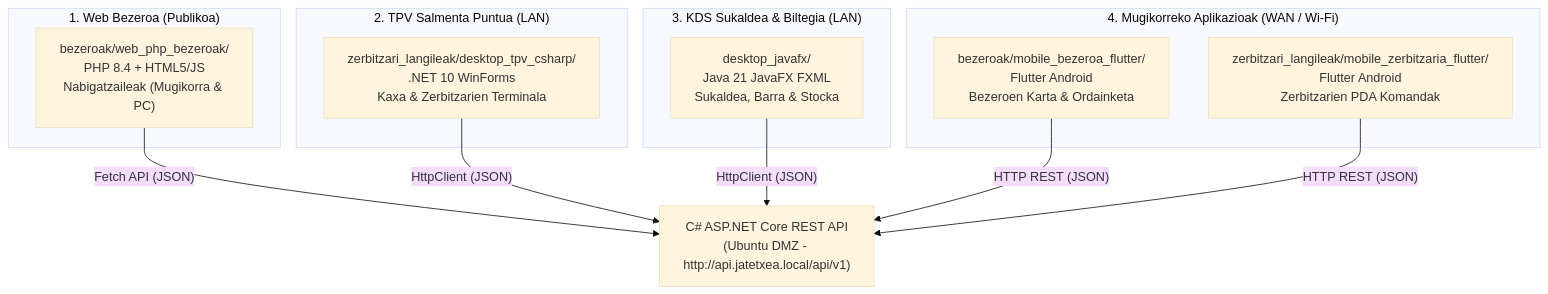
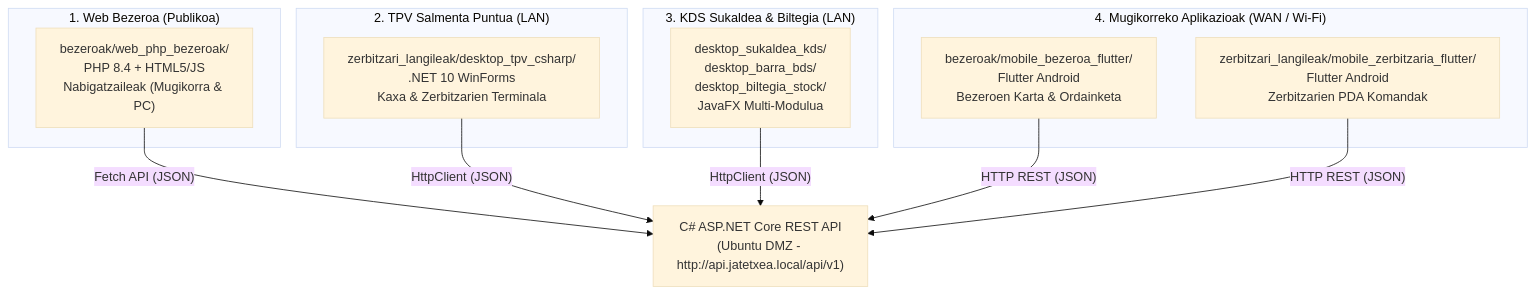
One commit to AnderUrienGoierri/1T_Jatetxea_erronka_agents changed the diagram in 02_azpiegitura_birtuala/erronka_egitura/doc/05_bezero_aplikazioak_eta_plataformak.md. Above: the diagram before and after it, drawn with Mermaid (base theme). The commit also changed other lines of this file and 131 other files, not shown here.

First line of the commit message:
refactor(kds-javafx): berrantolatu desktop_javafx maven multi-modulu egiturara

````diff
--- a/02_azpiegitura_birtuala/erronka_egitura/doc/05_bezero_aplikazioak_eta_plataformak.md
+++ b/02_azpiegitura_birtuala/erronka_egitura/doc/05_bezero_aplikazioak_eta_plataformak.md
@@ -12,27 +12,27 @@
 ```mermaid
 graph TD
     API["C# ASP.NET Core REST API<br/>(Ubuntu DMZ - http://api.jatetxea.local/api/v1)"]
 
     subgraph KANPOA_ETA_WEB["1. Web Bezeroa (Publikoa)"]
         WEB["bezeroak/web_php_bezeroak/<br/>PHP 8.4 + HTML5/JS<br/>Nabigatzaileak (Mugikorra & PC)"]
     end
 
     subgraph BARNE_LAN_WINDOWS["2. TPV Salmenta Puntua (LAN)"]
         TPV["zerbitzari_langileak/desktop_tpv_csharp/<br/>.NET 10 WinForms<br/>Kaxa & Zerbitzarien Terminala"]
     end
 
     subgraph BARNE_LAN_SUKALDEA["3. KDS Sukaldea & Biltegia (LAN)"]
-        KDS["desktop_javafx/<br/>Java 21 JavaFX FXML<br/>Sukaldea, Barra & Stocka"]
+        KDS["desktop_sukaldea_kds/<br/>desktop_barra_bds/<br/>desktop_biltegia_stock/<br/>JavaFX Multi-Modulua"]
     end
 
     subgraph MOBILITATEA["4. Mugikorreko Aplikazioak (WAN / Wi-Fi)"]
         MOB_BEZ["bezeroak/mobile_bezeroa_flutter/<br/>Flutter Android<br/>Bezeroen Karta & Ordainketa"]
         MOB_ZER["zerbitzari_langileak/mobile_zerbitzaria_flutter/<br/>Flutter Android<br/>Zerbitzarien PDA Komandak"]
     end
 
     WEB -->|"Fetch API (JSON)"| API
     TPV -->|"HttpClient (JSON)"| API
     KDS -->|"HttpClient (JSON)"| API
     MOB_BEZ -->|"HTTP REST (JSON)"| API
     MOB_ZER -->|"HTTP REST (JSON)"| API
 ```
````
